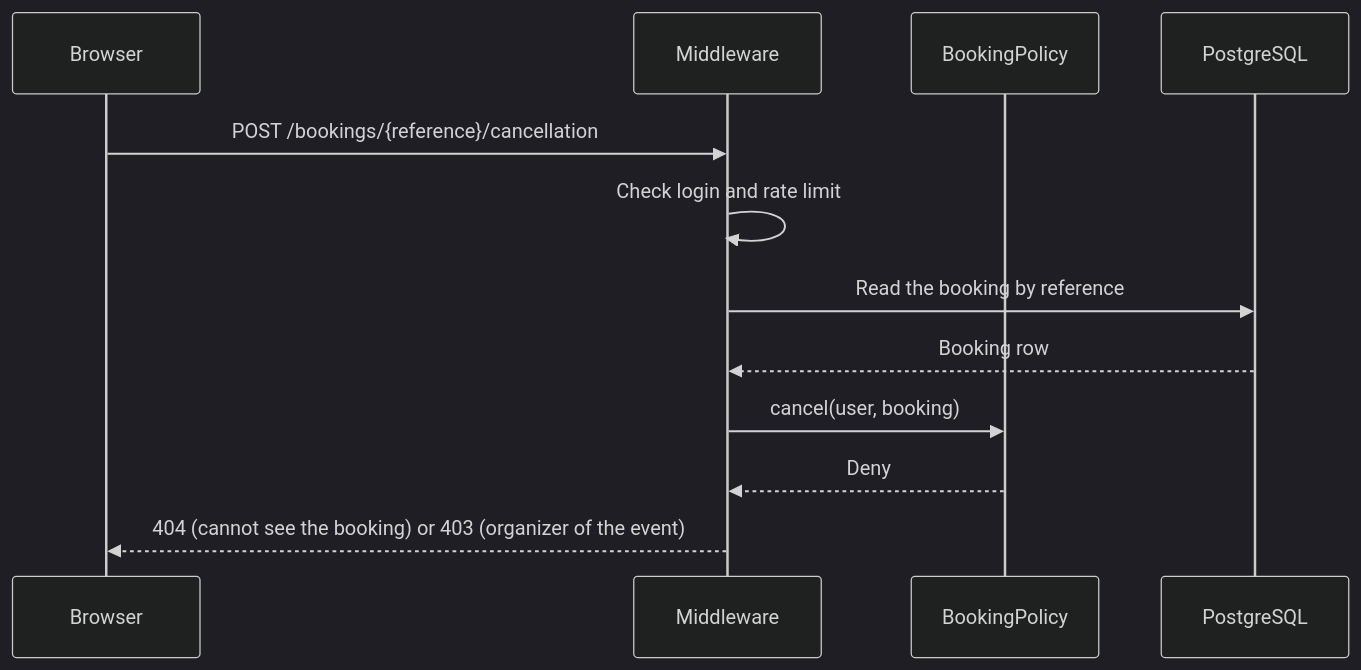
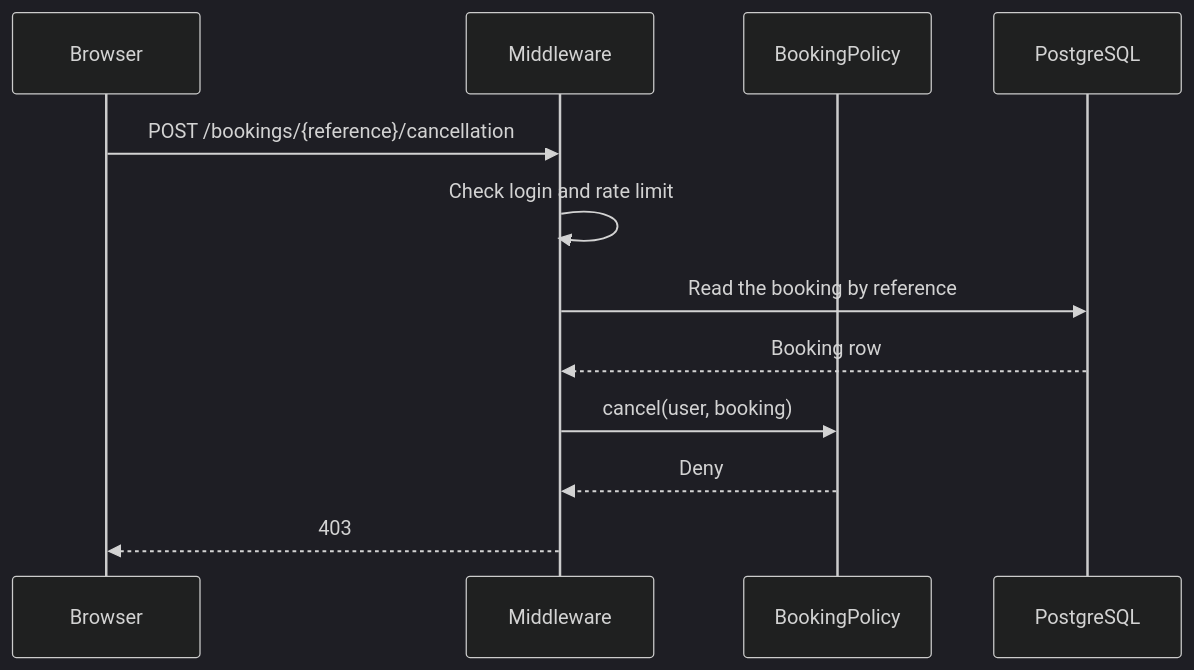
Before and after one commit to Leonelmarianog/event-booking-system: the fifth of 5 diagrams in app/Actions/CancelBooking/README.md, drawn with Mermaid (dark theme). The commit also changed other lines of this file and 1 other file, not shown here.

Commit message:
docs: split the denied diagram and fix the route in the handoff

````diff
--- a/app/Actions/CancelBooking/README.md
+++ b/app/Actions/CancelBooking/README.md
@@ -128,15 +146,15 @@
 ```mermaid
 sequenceDiagram
     participant Browser
     participant Middleware
     participant Policy as BookingPolicy
     participant DB as PostgreSQL
 
     Browser->>Middleware: POST /bookings/{reference}/cancellation
     Middleware->>Middleware: Check login and rate limit
     Middleware->>DB: Read the booking by reference
     DB-->>Middleware: Booking row
     Middleware->>Policy: cancel(user, booking)
     Policy-->>Middleware: Deny
-    Middleware-->>Browser: 404 (cannot see the booking) or 403 (organizer of the event)
+    Middleware-->>Browser: 403
 ```
````
